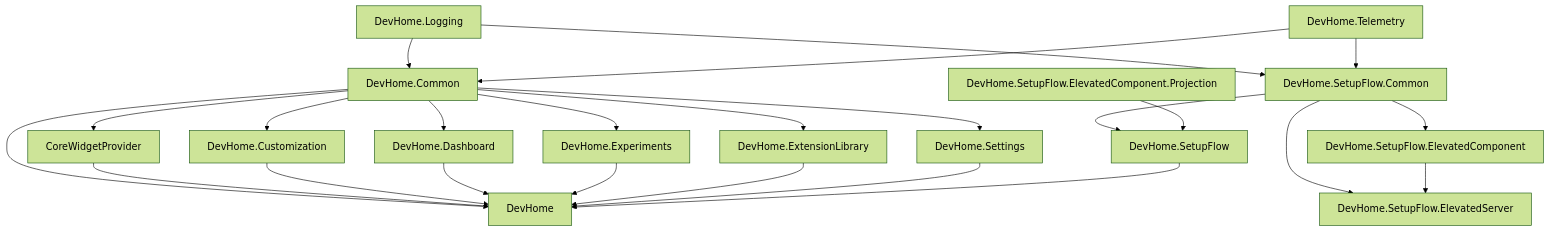
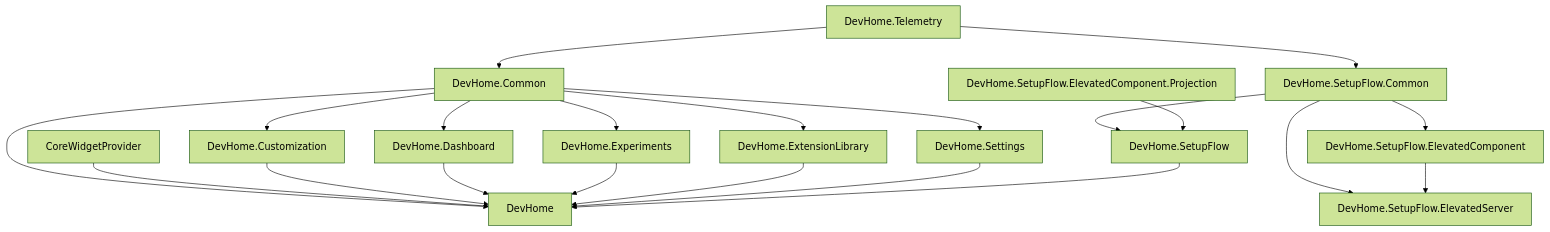
One commit to microsoft/devhome changed the diagram in docs/architecture.md. Above: the diagram before and after it, drawn with Mermaid (forest theme).

````diff
--- a/docs/architecture.md
+++ b/docs/architecture.md
@@ -14,26 +14,23 @@
 ```mermaid
 graph TD;
-    DevHome.Logging-->DevHome.Common;
     DevHome.Telemetry-->DevHome.Common;
-    DevHome.Common-->CoreWidgetProvider;
     DevHome.Common-->DevHome;
     DevHome.Common-->DevHome.Customization;
     DevHome.Common-->DevHome.Dashboard;
     DevHome.Common-->DevHome.Experiments;
     DevHome.Common-->DevHome.ExtensionLibrary;
     DevHome.Common-->DevHome.Settings;
-    DevHome.Logging-->DevHome.SetupFlow.Common;
     DevHome.Telemetry-->DevHome.SetupFlow.Common;
     DevHome.SetupFlow.Common-->DevHome.SetupFlow;
     DevHome.SetupFlow.Common-->DevHome.SetupFlow.ElevatedComponent;
     DevHome.SetupFlow.Common-->DevHome.SetupFlow.ElevatedServer;
     DevHome.SetupFlow.ElevatedComponent-->DevHome.SetupFlow.ElevatedServer;
     DevHome.SetupFlow.ElevatedComponent.Projection-->DevHome.SetupFlow;
     CoreWidgetProvider-->DevHome;
     DevHome.Customization-->DevHome;
     DevHome.Dashboard-->DevHome;
     DevHome.Experiments-->DevHome;
     DevHome.ExtensionLibrary-->DevHome;
     DevHome.Settings-->DevHome;
     DevHome.SetupFlow-->DevHome;
 ```
````
